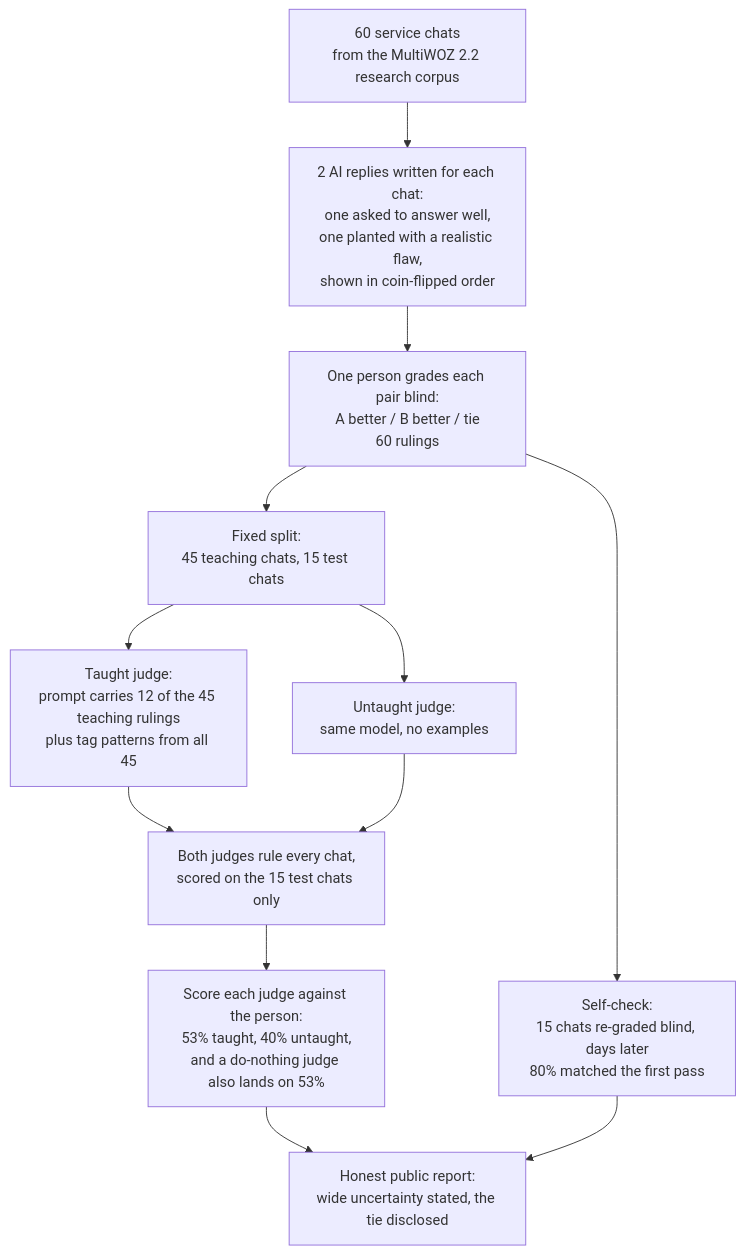
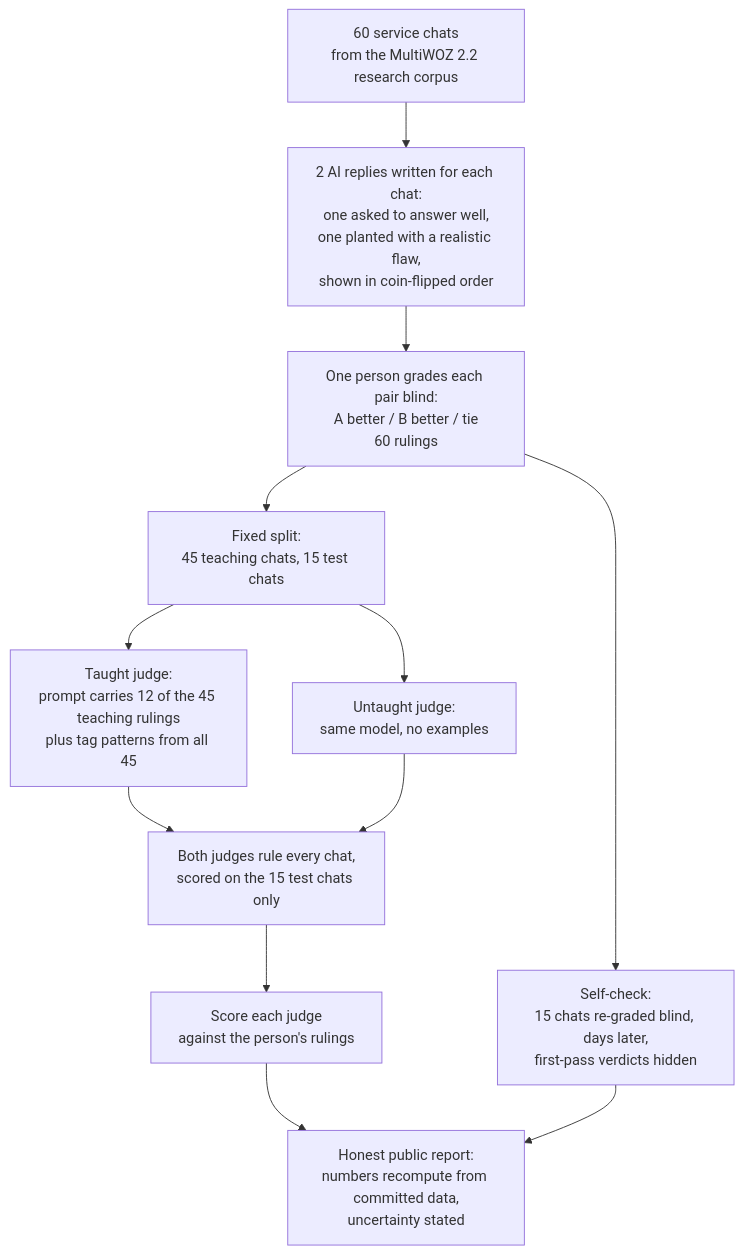
Before and after one commit to Mike-E-Log/business-scenario-judge: the diagram in README.md, drawn with Mermaid.

Commit message:
readme: diagram shows process only (operator: results out of the at-a-glance sketch) - self-check/score/report nodes de-numbered; results live in their sections

````diff
--- a/README.md
+++ b/README.md
@@ -33,14 +33,14 @@
 ```mermaid
 flowchart TD
     A["60 service chats<br>from the MultiWOZ 2.2 research corpus"] --> B["2 AI replies written for each chat:<br>one asked to answer well,<br>one planted with a realistic flaw,<br>shown in coin-flipped order"]
     B --> C["One person grades each pair blind:<br>A better / B better / tie<br>60 rulings"]
     C --> D["Fixed split:<br>45 teaching chats, 15 test chats"]
-    C --> R["Self-check:<br>15 chats re-graded blind, days later<br>80% matched the first pass"]
+    C --> R["Self-check:<br>15 chats re-graded blind, days later,<br>first-pass verdicts hidden"]
     D --> E["Taught judge:<br>prompt carries 12 of the 45 teaching rulings<br>plus tag patterns from all 45"]
     D --> F["Untaught judge:<br>same model, no examples"]
     E --> G["Both judges rule every chat,<br>scored on the 15 test chats only"]
     F --> G
-    G --> H["Score each judge against the person:<br>53% taught, 40% untaught,<br>and a do-nothing judge also lands on 53%"]
-    H --> J["Honest public report:<br>wide uncertainty stated, the tie disclosed"]
+    G --> H["Score each judge<br>against the person's rulings"]
+    H --> J["Honest public report:<br>numbers recompute from committed data,<br>uncertainty stated"]
     R --> J
 ```
````
